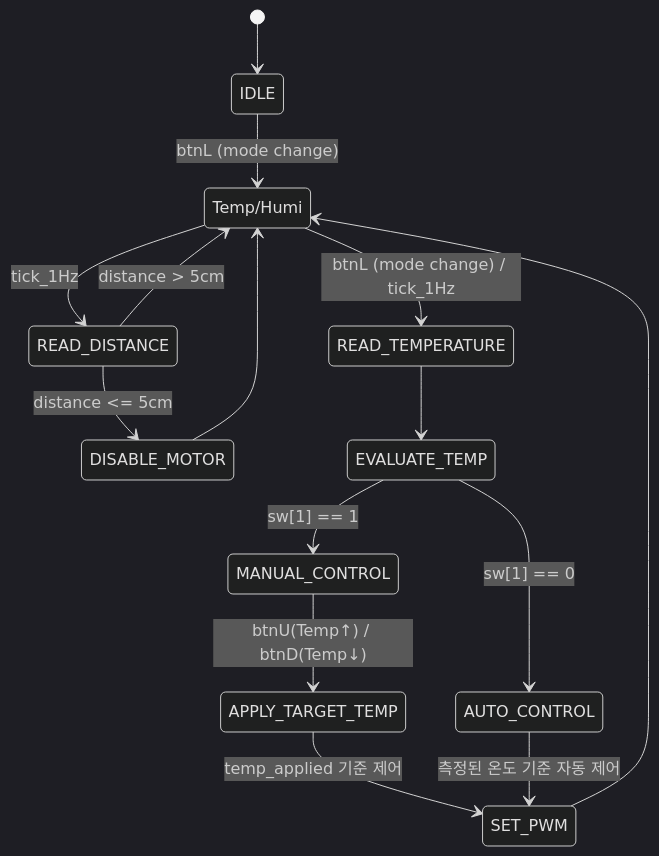
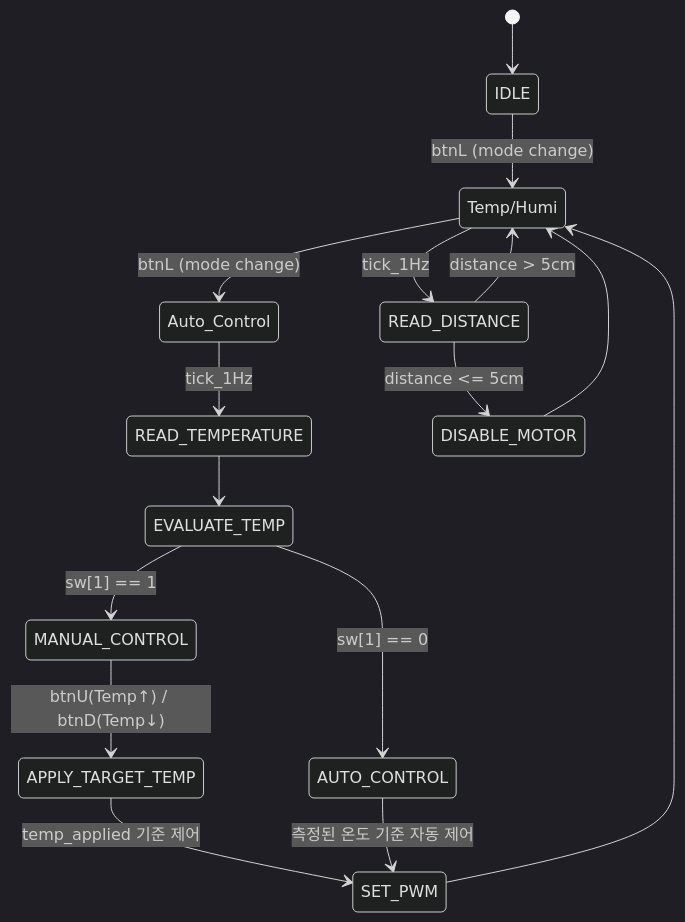
The third of 5 diagrams in 15.BESPOKE/README.md (SE0NGH0/AI_Verilog_HDL), drawn with Mermaid (dark theme) before and after one commit.

````diff
--- a/15.BESPOKE/README.md
+++ b/15.BESPOKE/README.md
@@ -94,17 +94,18 @@
 ```mermaid
 stateDiagram-v2
     [*] --> IDLE
     IDLE --> Temp/Humi: btnL (mode change)
     Temp/Humi --> READ_DISTANCE: tick_1Hz
-    Temp/Humi --> READ_TEMPERATURE: btnL (mode change) / tick_1Hz
+    Temp/Humi --> Auto_Control: btnL (mode change)
+    Auto_Control --> READ_TEMPERATURE: tick_1Hz
     READ_DISTANCE --> DISABLE_MOTOR: distance <= 5cm
     READ_DISTANCE --> Temp/Humi: distance > 5cm
     READ_TEMPERATURE --> EVALUATE_TEMP
     EVALUATE_TEMP --> MANUAL_CONTROL: sw[1] == 1
     EVALUATE_TEMP --> AUTO_CONTROL: sw[1] == 0
     MANUAL_CONTROL --> APPLY_TARGET_TEMP: btnU(Temp↑) / btnD(Temp↓)
     APPLY_TARGET_TEMP --> SET_PWM: temp_applied 기준 제어
     AUTO_CONTROL --> SET_PWM: 측정된 온도 기준 자동 제어
     SET_PWM --> Temp/Humi
     DISABLE_MOTOR --> Temp/Humi
 ```
````
